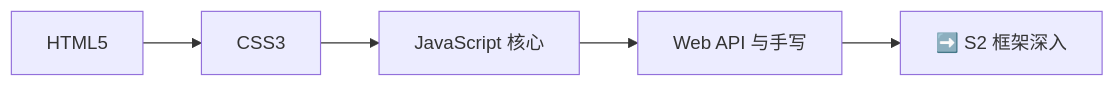
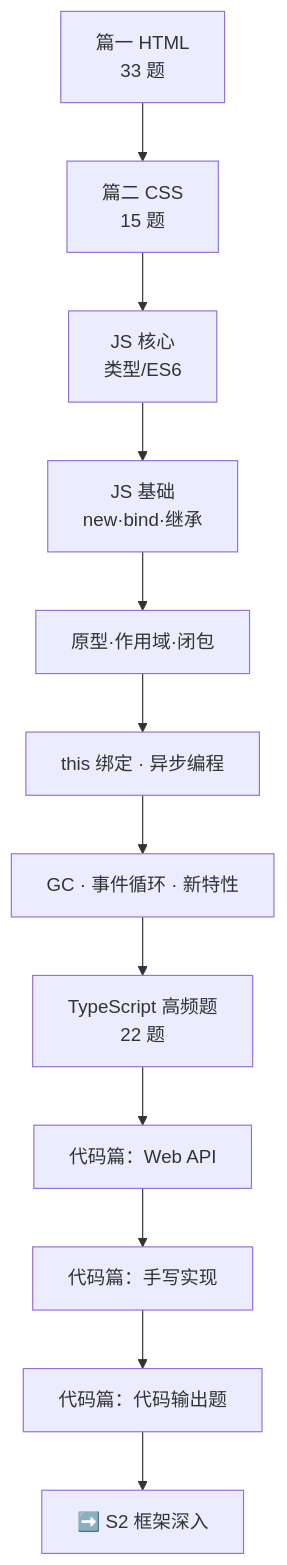
The diagram in docs/S1-基础夯实/index.md (KMaybe01/interview-demo), drawn with Mermaid before and after one commit. The commit also changed other lines of this file and 13 other files, not shown here.

````diff
--- a/docs/S1-基础夯实/index.md
+++ b/docs/S1-基础夯实/index.md
@@ -14,7 +43,14 @@
 ```mermaid
-graph LR
-    HTML["HTML5"] --> CSS["CSS3"]
-    CSS --> JS["JavaScript 核心"]
-    JS --> WebAPI["Web API 与手写"]
-    WebAPI --> S2["➡️ S2 框架深入"]
+graph TB
+    H["篇一 HTML<br/>33 题"] --> C["篇二 CSS<br/>15 题"]
+    C --> J1["JS 核心<br/>类型/ES6"]
+    J1 --> J2["JS 基础<br/>new·bind·继承"]
+    J2 --> J3["原型·作用域·闭包"]
+    J3 --> J4["this 绑定 · 异步编程"]
+    J4 --> J5["GC · 事件循环 · 新特性"]
+    J5 --> J6["TypeScript 高频题<br/>22 题"]
+    J6 --> K1["代码篇：Web API"]
+    K1 --> K2["代码篇：手写实现"]
+    K2 --> K3["代码篇：代码输出题"]
+    K3 --> S2["➡️ S2 框架深入"]
 ```
````
